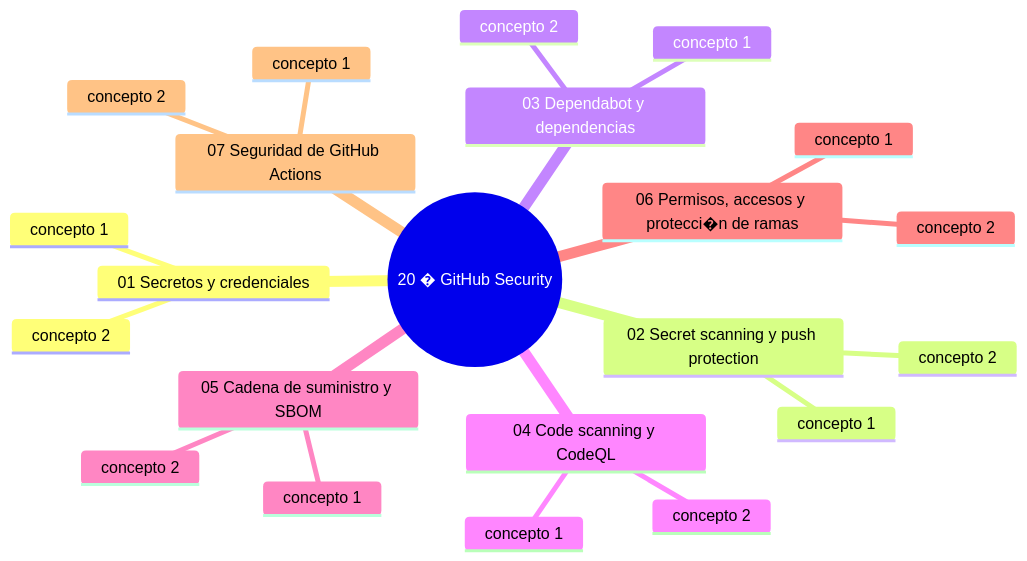
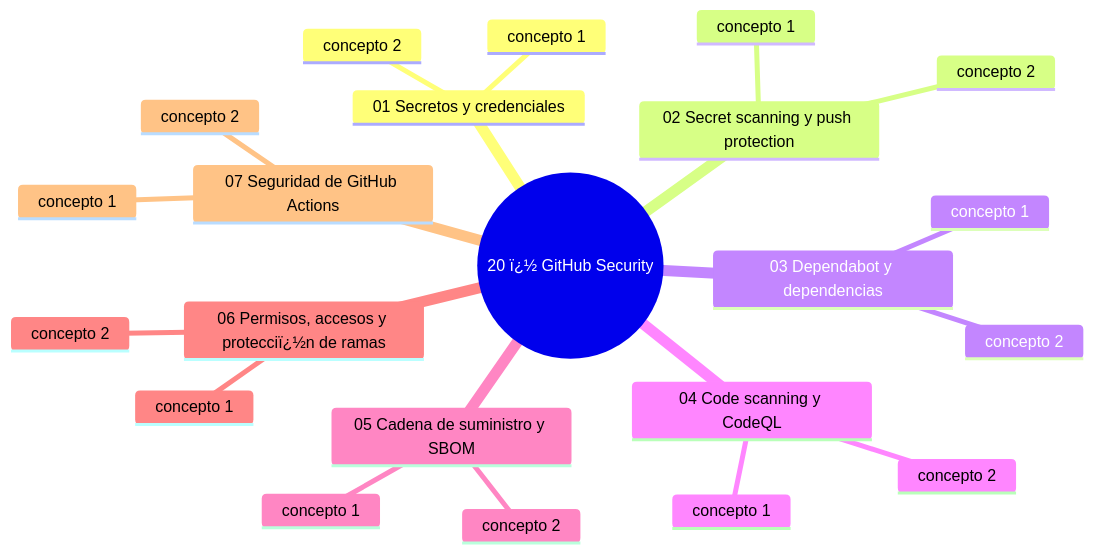
Before and after one commit to jorgesislema/github-paso-a-paso: the second of 2 diagrams in 20-github-security/README.md, drawn with Mermaid. The commit also changed other lines of this file, not shown here.

````diff
--- a/20-github-security/README.md
+++ b/20-github-security/README.md
@@ -58,25 +58,25 @@
 ```mermaid
 mindmap
-  root((20 � GitHub Security))
+  root((20 ï¿½ GitHub Security))
     01 Secretos y credenciales
       concepto 1
       concepto 2
     02 Secret scanning y push protection
       concepto 1
       concepto 2
     03 Dependabot y dependencias
       concepto 1
       concepto 2
     04 Code scanning y CodeQL
       concepto 1
       concepto 2
     05 Cadena de suministro y SBOM
       concepto 1
       concepto 2
-    06 Permisos, accesos y protecci�n de ramas
+    06 Permisos, accesos y protecciï¿½n de ramas
       concepto 1
       concepto 2
     07 Seguridad de GitHub Actions
       concepto 1
       concepto 2
 ```
````
